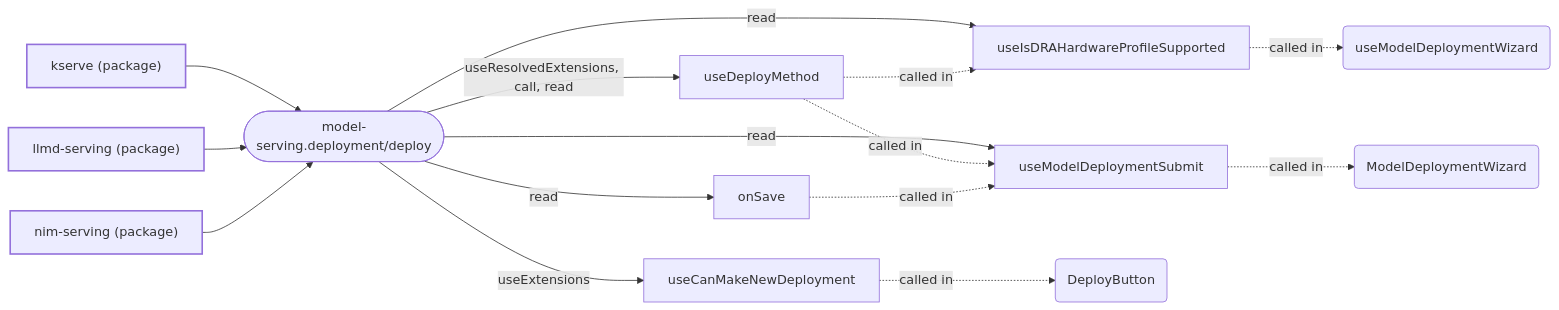
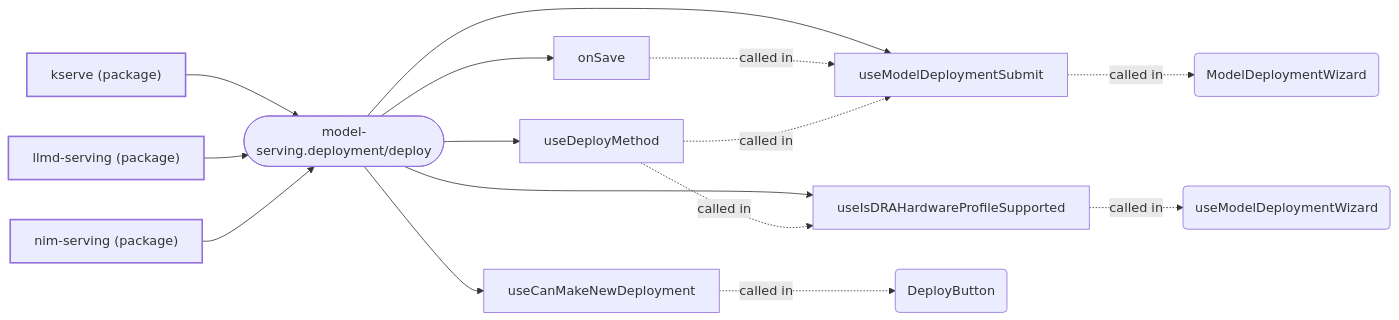
One commit to mturley/odh-dashboard changed the third of 19 diagrams in packages/model-serving/docs/extensions.md. Above: the diagram before and after it, drawn with Mermaid. The commit also changed other lines of this file and 28 other files, not shown here.

````diff
--- a/packages/model-serving/docs/extensions.md
+++ b/packages/model-serving/docs/extensions.md
@@ -186,31 +309,31 @@
 ```mermaid
 flowchart LR
   classDef pkg stroke-width:2px
   classDef point stroke-width:1px
   n_pkg__odh_dashboard_kserve_5ec96a["kserve (package)"]:::pkg
   n_pkg__odh_dashboard_llmd_serving_3e146e["llmd-serving (package)"]:::pkg
   n_pkg__odh_dashboard_nim_serving_241793["nim-serving (package)"]:::pkg
   n_model_serving_deployment_deploy_35423a(["model-serving.deployment/deploy"]):::point
   n_pkg__odh_dashboard_kserve_5ec96a --> n_model_serving_deployment_deploy_35423a
   n_pkg__odh_dashboard_llmd_serving_3e146e --> n_model_serving_deployment_deploy_35423a
   n_pkg__odh_dashboard_nim_serving_241793 --> n_model_serving_deployment_deploy_35423a
+  n_symbol_packages_model_serving_src_components_deploymentWizard_deploying_useModelDeploymentSubmit_ts_onSave_1aa1cc["onSave"]
+  n_model_serving_deployment_deploy_35423a --> n_symbol_packages_model_serving_src_components_deploymentWizard_deploying_useModelDeploymentSubmit_ts_onSave_1aa1cc
+  n_symbol_packages_model_serving_src_concepts_useCanMakeNewDeployment_ts_useCanMakeNewDeployment_6e6f4f["useCanMakeNewDeployment"]
+  n_model_serving_deployment_deploy_35423a --> n_symbol_packages_model_serving_src_concepts_useCanMakeNewDeployment_ts_useCanMakeNewDeployment_6e6f4f
   n_symbol_packages_model_serving_src_components_deploymentWizard_deploying_useDeployMethod_ts_useDeployMethod_fd14ad["useDeployMethod"]
-  n_model_serving_deployment_deploy_35423a -- "useResolvedExtensions, call, read" --> n_symbol_packages_model_serving_src_components_deploymentWizard_deploying_useDeployMethod_ts_useDeployMethod_fd14ad
+  n_model_serving_deployment_deploy_35423a --> n_symbol_packages_model_serving_src_components_deploymentWizard_deploying_useDeployMethod_ts_useDeployMethod_fd14ad
   n_symbol_packages_model_serving_src_components_deploymentWizard_deploying_useIsDRAHardwareProfileSupported_ts_useIsDRAHardwareProfileSupported_911f4b["useIsDRAHardwareProfileSupported"]
-  n_model_serving_deployment_deploy_35423a -- "read" --> n_symbol_packages_model_serving_src_components_deploymentWizard_deploying_useIsDRAHardwareProfileSupported_ts_useIsDRAHardwareProfileSupported_911f4b
-  n_symbol_packages_model_serving_src_components_deploymentWizard_deploying_useModelDeploymentSubmit_ts_onSave_1aa1cc["onSave"]
-  n_model_serving_deployment_deploy_35423a -- "read" --> n_symbol_packages_model_serving_src_components_deploymentWizard_deploying_useModelDeploymentSubmit_ts_onSave_1aa1cc
+  n_model_serving_deployment_deploy_35423a --> n_symbol_packages_model_serving_src_components_deploymentWizard_deploying_useIsDRAHardwareProfileSupported_ts_useIsDRAHardwareProfileSupported_911f4b
   n_symbol_packages_model_serving_src_components_deploymentWizard_deploying_useModelDeploymentSubmit_ts_useModelDeploymentSubmit_61e0df["useModelDeploymentSubmit"]
-  n_model_serving_deployment_deploy_35423a -- "read" --> n_symbol_packages_model_serving_src_components_deploymentWizard_deploying_useModelDeploymentSubmit_ts_useModelDeploymentSubmit_61e0df
-  n_symbol_packages_model_serving_src_concepts_useCanMakeNewDeployment_ts_useCanMakeNewDeployment_6e6f4f["useCanMakeNewDeployment"]
-  n_model_serving_deployment_deploy_35423a -- "useExtensions" --> n_symbol_packages_model_serving_src_concepts_useCanMakeNewDeployment_ts_useCanMakeNewDeployment_6e6f4f
+  n_model_serving_deployment_deploy_35423a --> n_symbol_packages_model_serving_src_components_deploymentWizard_deploying_useModelDeploymentSubmit_ts_useModelDeploymentSubmit_61e0df
+  n_symbol_packages_model_serving_src_components_deploy_DeployButton_tsx_DeployButton_c4a8f4("DeployButton")
   n_symbol_packages_model_serving_src_components_deploymentWizard_useDeploymentWizard_ts_useModelDeploymentWizard_3601d0("useModelDeploymentWizard")
   n_symbol_packages_model_serving_src_components_deploymentWizard_ModelDeploymentWizard_tsx_ModelDeploymentWizard_5de951("ModelDeploymentWizard")
-  n_symbol_packages_model_serving_src_components_deploy_DeployButton_tsx_DeployButton_c4a8f4("DeployButton")
+  n_symbol_packages_model_serving_src_components_deploymentWizard_deploying_useModelDeploymentSubmit_ts_onSave_1aa1cc -. "called in" .-> n_symbol_packages_model_serving_src_components_deploymentWizard_deploying_useModelDeploymentSubmit_ts_useModelDeploymentSubmit_61e0df
+  n_symbol_packages_model_serving_src_concepts_useCanMakeNewDeployment_ts_useCanMakeNewDeployment_6e6f4f -. "called in" .-> n_symbol_packages_model_serving_src_components_deploy_DeployButton_tsx_DeployButton_c4a8f4
   n_symbol_packages_model_serving_src_components_deploymentWizard_deploying_useDeployMethod_ts_useDeployMethod_fd14ad -. "called in" .-> n_symbol_packages_model_serving_src_components_deploymentWizard_deploying_useIsDRAHardwareProfileSupported_ts_useIsDRAHardwareProfileSupported_911f4b
   n_symbol_packages_model_serving_src_components_deploymentWizard_deploying_useDeployMethod_ts_useDeployMethod_fd14ad -. "called in" .-> n_symbol_packages_model_serving_src_components_deploymentWizard_deploying_useModelDeploymentSubmit_ts_useModelDeploymentSubmit_61e0df
   n_symbol_packages_model_serving_src_components_deploymentWizard_deploying_useIsDRAHardwareProfileSupported_ts_useIsDRAHardwareProfileSupported_911f4b -. "called in" .-> n_symbol_packages_model_serving_src_components_deploymentWizard_useDeploymentWizard_ts_useModelDeploymentWizard_3601d0
-  n_symbol_packages_model_serving_src_components_deploymentWizard_deploying_useModelDeploymentSubmit_ts_onSave_1aa1cc -. "called in" .-> n_symbol_packages_model_serving_src_components_deploymentWizard_deploying_useModelDeploymentSubmit_ts_useModelDeploymentSubmit_61e0df
   n_symbol_packages_model_serving_src_components_deploymentWizard_deploying_useModelDeploymentSubmit_ts_useModelDeploymentSubmit_61e0df -. "called in" .-> n_symbol_packages_model_serving_src_components_deploymentWizard_ModelDeploymentWizard_tsx_ModelDeploymentWizard_5de951
-  n_symbol_packages_model_serving_src_concepts_useCanMakeNewDeployment_ts_useCanMakeNewDeployment_6e6f4f -. "called in" .-> n_symbol_packages_model_serving_src_components_deploy_DeployButton_tsx_DeployButton_c4a8f4
 ```
````
